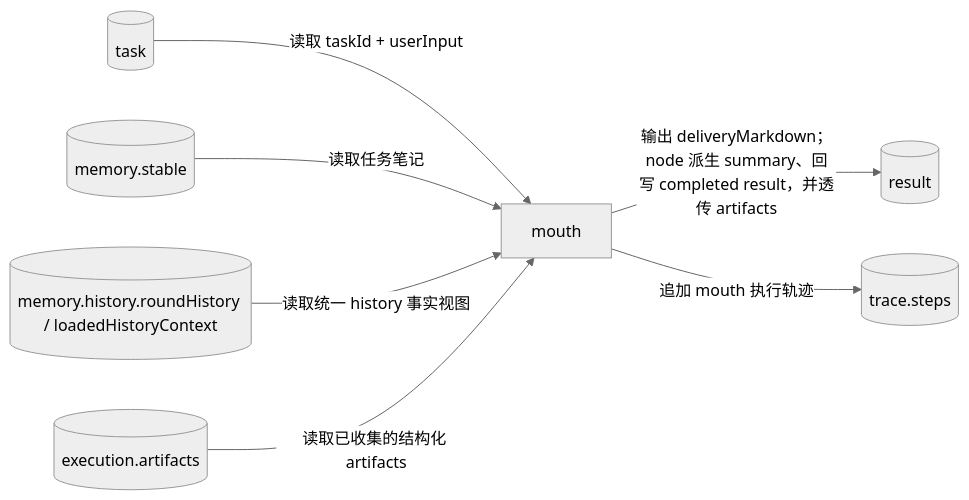
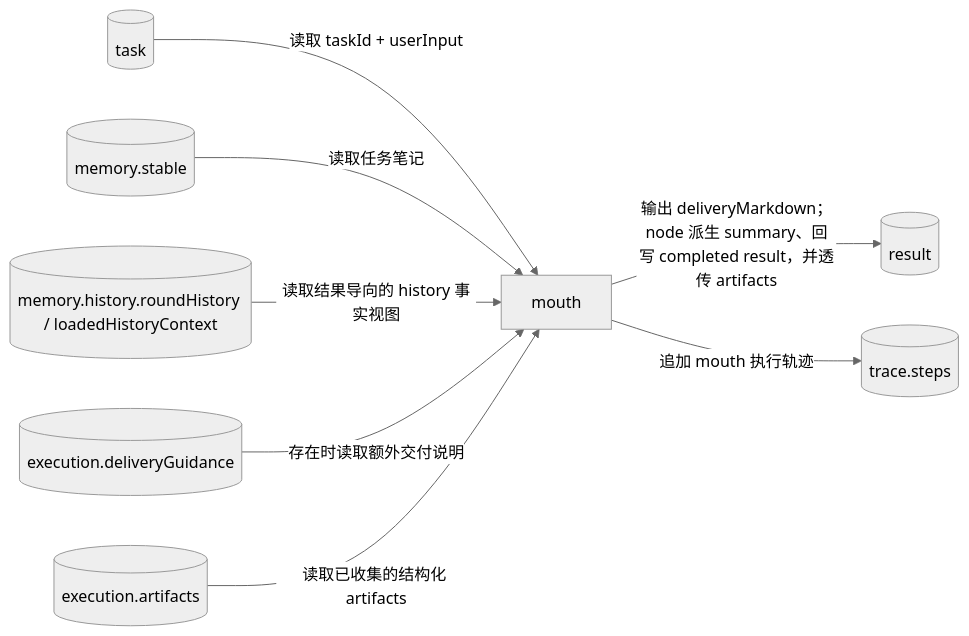
One commit to Yoan98/Ncurator changed the fifth of 5 diagrams in doc/ai-design/data-definition-and-flow.md. Above: the diagram before and after it, drawn with Mermaid (neutral theme). The commit also changed other lines of this file and 16 other files, not shown here.

````diff
--- a/doc/ai-design/data-definition-and-flow.md
+++ b/doc/ai-design/data-definition-and-flow.md
@@ -1101,17 +1105,19 @@
 ```mermaid
 flowchart LR
     T[("task")]
     SM[("memory.stable")]
     PM[("memory.history.roundHistory / loadedHistoryContext")]
+    DG[("execution.deliveryGuidance")]
     A[("execution.artifacts")]
     M["mouth"]
     R[("result")]
     TR[("trace.steps")]
 
     T -->|读取 taskId + userInput| M
     SM -->|读取任务笔记| M
-    PM -->|读取统一 history 事实视图| M
+    PM -->|读取结果导向的 history 事实视图| M
+    DG -->|存在时读取额外交付说明| M
     A -->|读取已收集的结构化 artifacts| M
     M -->|输出 deliveryMarkdown；node 派生 summary、回写 completed result，并透传 artifacts| R
     M -->|追加 mouth 执行轨迹| TR
 ```
````
